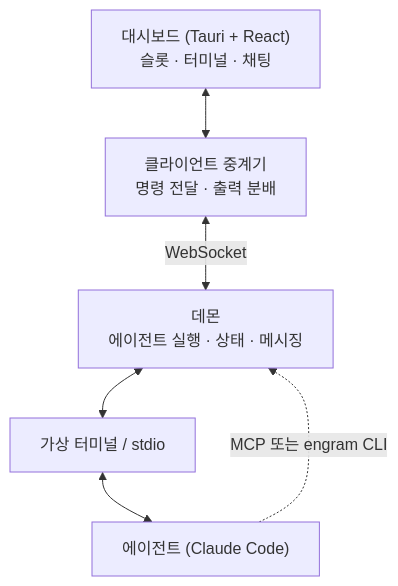
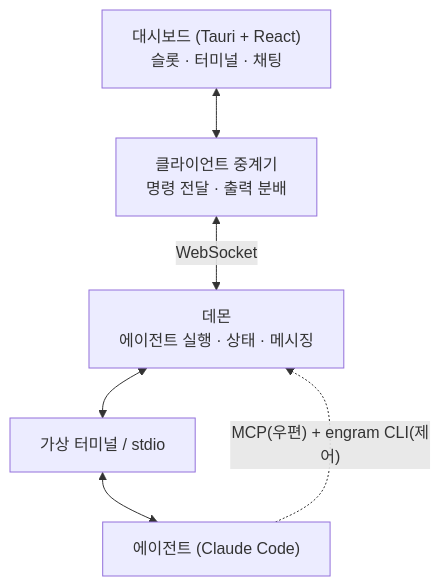
One commit to kimsunzun/engram-dashboard changed the first of 2 diagrams in README.md. Above: the diagram before and after it, drawn with Mermaid. The commit also changed other lines of this file, not shown here.

First line of the commit message:
docs(readme): 제어 CLI 4조각 완결 반영 — 배선 전원 개방·우편 채널 고정

````diff
--- a/README.md
+++ b/README.md
@@ -86,14 +87,14 @@
 ```mermaid
 graph TB
     UI["대시보드 (Tauri + React)<br/>슬롯 · 터미널 · 채팅"]
     Client["클라이언트 중계기<br/>명령 전달 · 출력 분배"]
     Daemon["데몬<br/>에이전트 실행 · 상태 · 메시징"]
     PTY["가상 터미널 / stdio"]
     Agent["에이전트 (Claude Code)"]
 
     UI <--> Client
     Client <-->|WebSocket| Daemon
     Daemon <--> PTY
     PTY <--> Agent
-    Agent -.->|MCP 또는 engram CLI| Daemon
+    Agent -.->|"MCP(우편) + engram CLI(제어)"| Daemon
 ```
````
